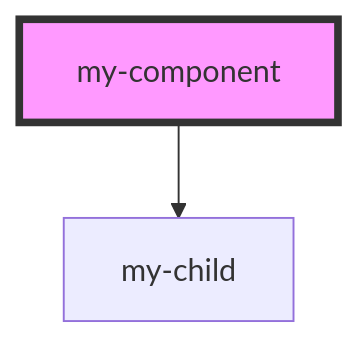
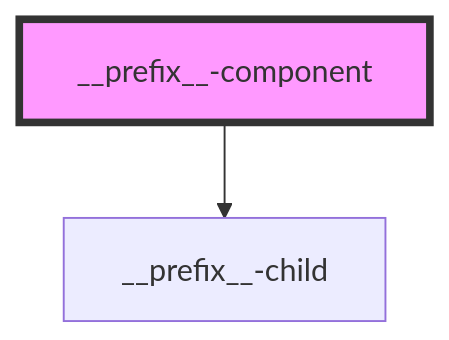
The diagram in lib/src/components/my-component/readme.md (msak/stencil-defineCustomElement-issue), drawn with Mermaid before and after one commit. The commit also changed other lines of this file and 42 other files, not shown here.

````diff
--- a/lib/src/components/my-component/readme.md
+++ b/lib/src/components/my-component/readme.md
@@ -24,5 +24,5 @@
 ```mermaid
 graph TD;
-  my-component --> my-child
-  style my-component fill:#f9f,stroke:#333,stroke-width:4px
+  __prefix__-component --> __prefix__-child
+  style __prefix__-component fill:#f9f,stroke:#333,stroke-width:4px
 ```
````
